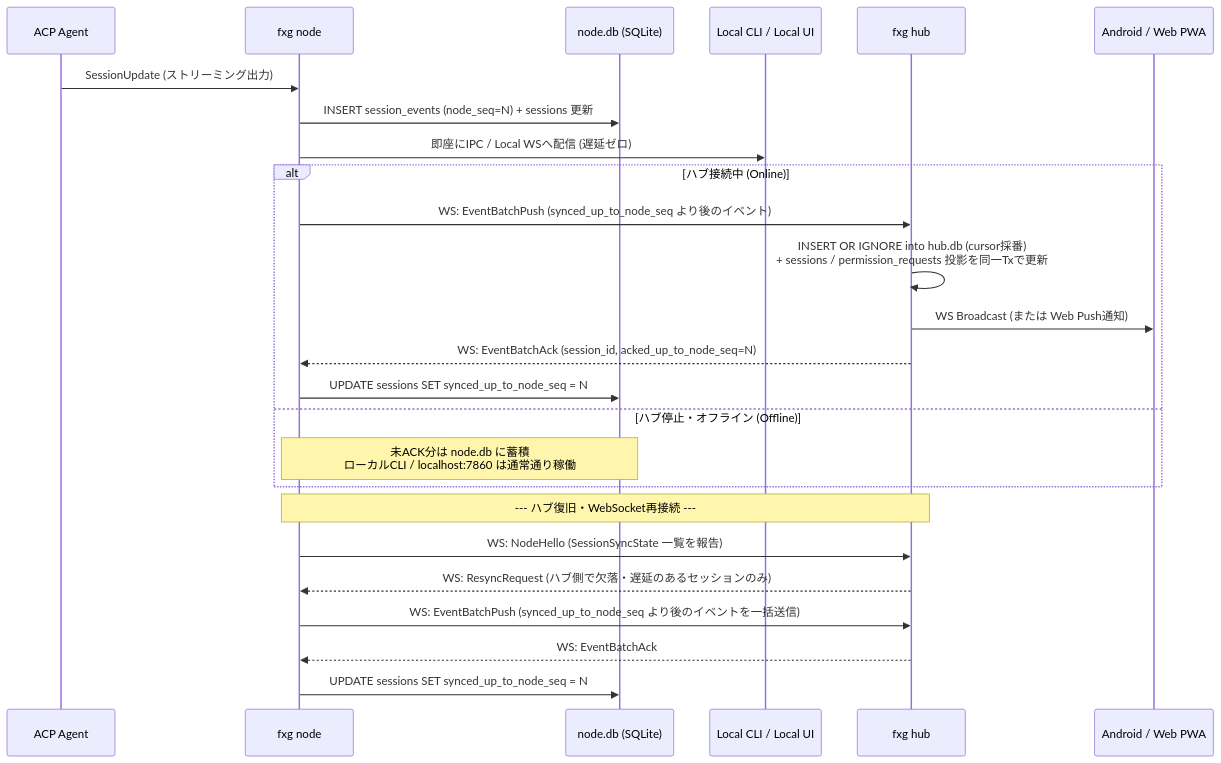
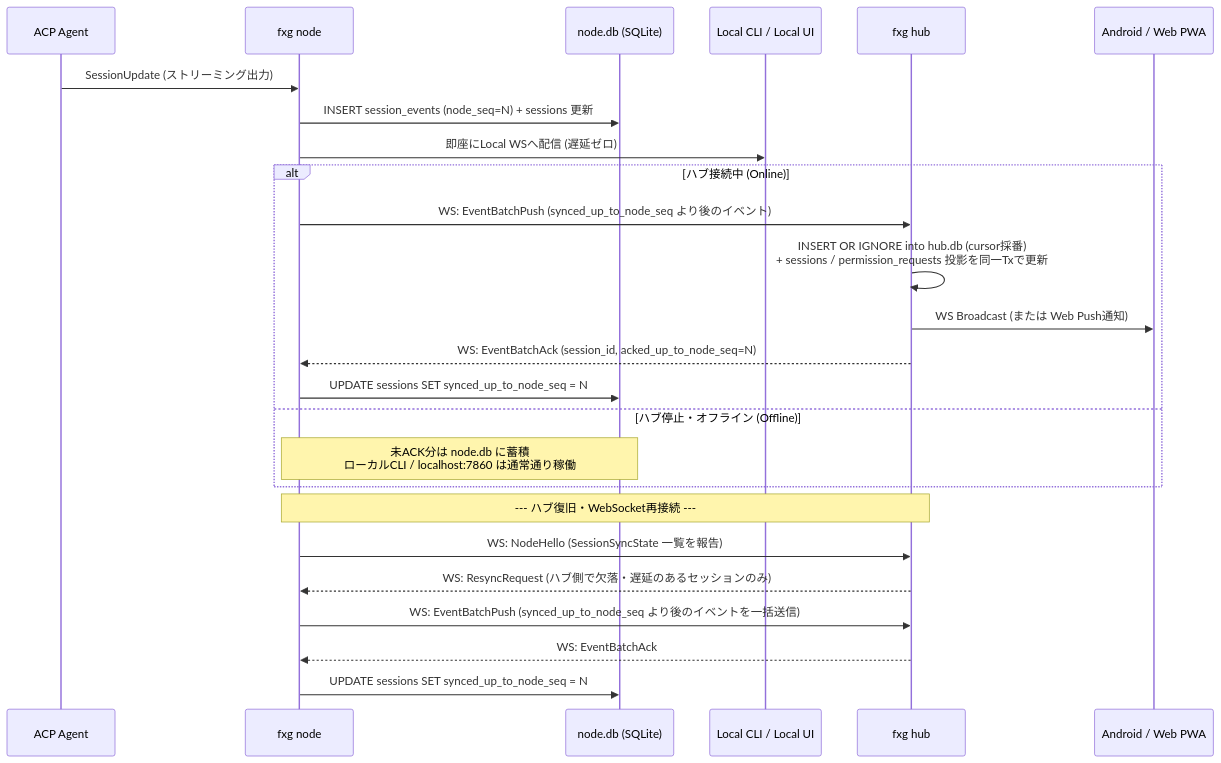
Before and after one commit to nazo6/flexagent: the second of 3 diagrams in docs/01-architecture-and-sync.md, drawn with Mermaid. The commit also changed other lines of this file and 6 other files, not shown here.

First line of the commit message:
docs(arch): design architecture simplification plan and update documentation

````diff
--- a/docs/01-architecture-and-sync.md
+++ b/docs/01-architecture-and-sync.md
@@ -120,30 +118,30 @@
 ```mermaid
 sequenceDiagram
     participant Agent as ACP Agent
     participant Node as fxg node
     participant NodeDB as node.db (SQLite)
     participant LocalClient as Local CLI / Local UI
     participant Hub as fxg hub
     participant RemotePWA as Android / Web PWA
 
     Agent->>Node: SessionUpdate (ストリーミング出力)
     Node->>NodeDB: INSERT session_events (node_seq=N) + sessions 更新
-    Node->>LocalClient: 即座にIPC / Local WSへ配信 (遅延ゼロ)
+    Node->>LocalClient: 即座にLocal WSへ配信 (遅延ゼロ)
 
     alt ハブ接続中 (Online)
         Node->>Hub: WS: EventBatchPush (synced_up_to_node_seq より後のイベント)
         Hub->>Hub: INSERT OR IGNORE into hub.db (cursor採番)<br/>+ sessions / permission_requests 投影を同一Txで更新
         Hub->>RemotePWA: WS Broadcast (または Web Push通知)
         Hub-->>Node: WS: EventBatchAck (session_id, acked_up_to_node_seq=N)
         Node->>NodeDB: UPDATE sessions SET synced_up_to_node_seq = N
     else ハブ停止・オフライン (Offline)
         Note over Node,NodeDB: 未ACK分は node.db に蓄積<br/>ローカルCLI / localhost:7860 は通常通り稼働
     end
 
     Note over Node,Hub: --- ハブ復旧・WebSocket再接続 ---
     Node->>Hub: WS: NodeHello (SessionSyncState 一覧を報告)
     Hub-->>Node: WS: ResyncRequest (ハブ側で欠落・遅延のあるセッションのみ)
     Node->>Hub: WS: EventBatchPush (synced_up_to_node_seq より後のイベントを一括送信)
     Hub-->>Node: WS: EventBatchAck
     Node->>NodeDB: UPDATE sessions SET synced_up_to_node_seq = N
 ```
````
